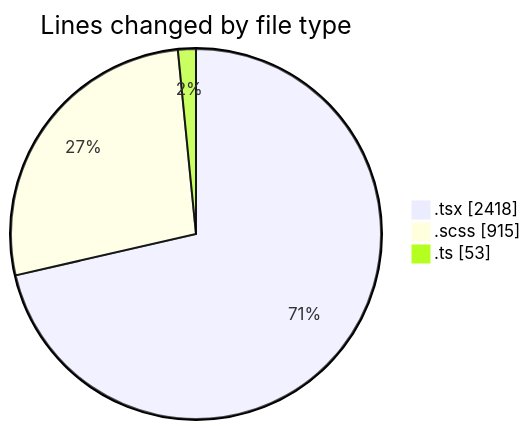
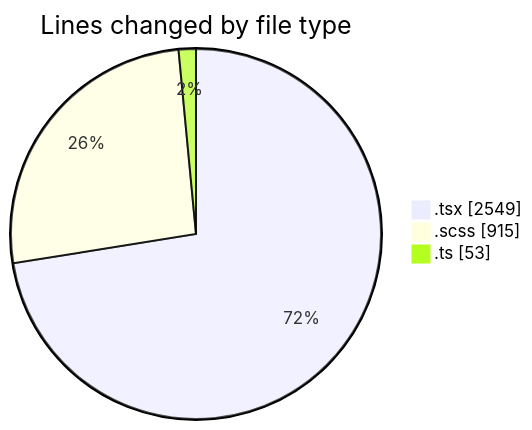
The first of 2 diagrams in 2025-03-27/cda/README.md (momahboobian/code-tracking), drawn with Mermaid before and after one commit. The commit also changed other lines of this file and 1 other file, not shown here.

````diff
--- a/2025-03-27/cda/README.md
+++ b/2025-03-27/cda/README.md
@@ -40,7 +40,7 @@
 ```mermaid
 pie showData
 title Lines changed by file type
-".tsx" : 2418
+".tsx" : 2549
 ".scss" : 915
 ".ts" : 53
 ```
````
